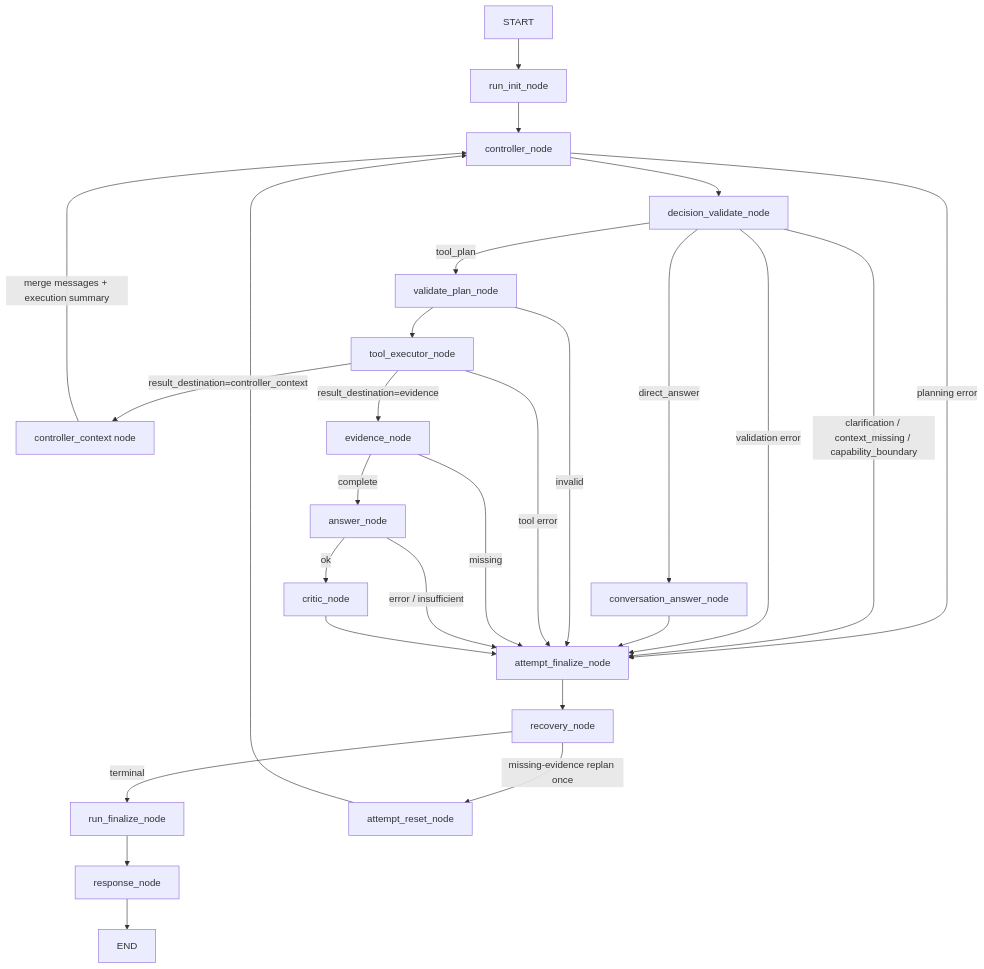
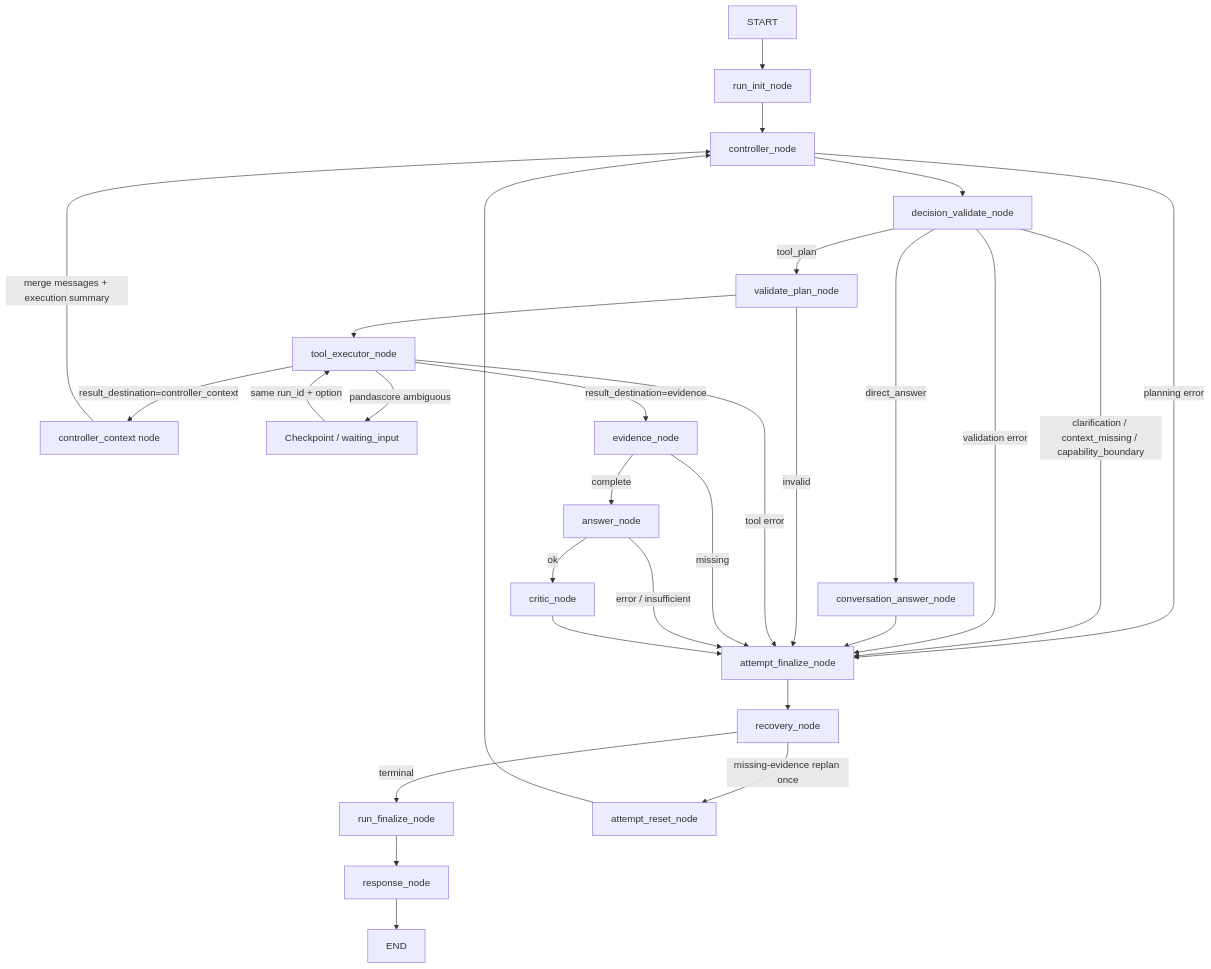
One commit to Philip23333/DotaMind changed the second of 2 diagrams in docs/design/architecture/整体架构.md. Above: the diagram before and after it, drawn with Mermaid. The commit also changed other lines of this file and 13 other files, not shown here.

````diff
--- a/docs/design/architecture/整体架构.md
+++ b/docs/design/architecture/整体架构.md
@@ -43,32 +43,34 @@
 ```mermaid
 flowchart TD
     Start["START"] --> Init["run_init_node"]
     Init --> Controller["controller_node"]
     Controller --> Decision["decision_validate_node"]
     Controller -->|"planning error"| Attempt["attempt_finalize_node"]
 
     Decision -->|"direct_answer"| Conversation["conversation_answer_node"]
     Decision -->|"clarification / context_missing / capability_boundary"| Attempt
     Decision -->|"tool_plan"| Validate["validate_plan_node"]
     Decision -->|"validation error"| Attempt
 
     Conversation --> Attempt
     Validate -->|"invalid"| Attempt
     Validate --> Tools["tool_executor_node"]
     Tools -->|"result_destination=controller_context"| Context["controller_context node"]
     Context -->|"merge messages + execution summary"| Controller
+    Tools -->|"pandascore ambiguous"| Checkpoint["Checkpoint / waiting_input"]
+    Checkpoint -->|"same run_id + option"| Tools
     Tools -->|"result_destination=evidence"| Evidence["evidence_node"]
     Tools -->|"tool error"| Attempt
     Evidence -->|"complete"| Answer["answer_node"]
     Evidence -->|"missing"| Attempt
     Answer -->|"ok"| Critic["critic_node"]
     Answer -->|"error / insufficient"| Attempt
     Critic --> Attempt
 
     Attempt --> Recovery["recovery_node"]
     Recovery -->|"terminal"| RunFinalize["run_finalize_node"]
     Recovery -->|"missing-evidence replan once"| Reset["attempt_reset_node"]
     Reset --> Controller
     RunFinalize --> Response["response_node"]
     Response --> End["END"]
 ```
````
